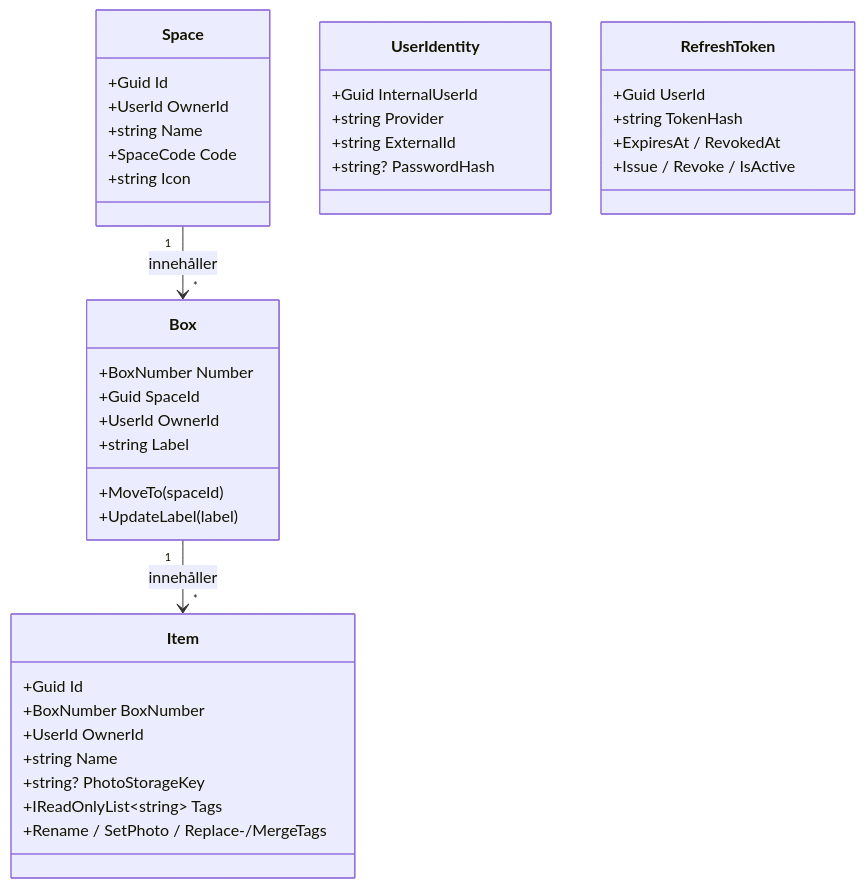
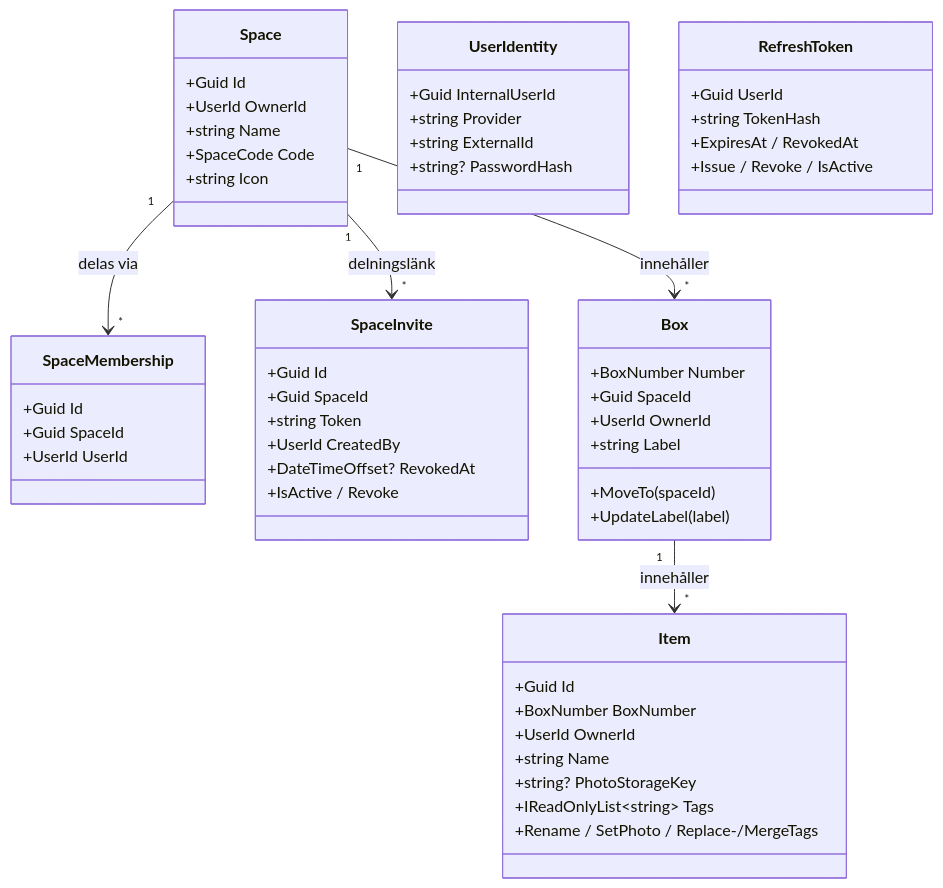
The fifth of 5 diagrams in docs/ARCHITECTURE.md (antfolkarn/Stuff_In_A_Box), drawn with Mermaid before and after one commit. The commit also changed other lines of this file and 2 other files, not shown here.

````diff
--- a/docs/ARCHITECTURE.md
+++ b/docs/ARCHITECTURE.md
@@ -161,42 +164,57 @@
 ```mermaid
 classDiagram
     class Space {
         +Guid Id
         +UserId OwnerId
         +string Name
         +SpaceCode Code
         +string Icon
+    }
+    class SpaceMembership {
+        +Guid Id
+        +Guid SpaceId
+        +UserId UserId
+    }
+    class SpaceInvite {
+        +Guid Id
+        +Guid SpaceId
+        +string Token
+        +UserId CreatedBy
+        +DateTimeOffset? RevokedAt
+        +IsActive / Revoke
     }
     class Box {
         +BoxNumber Number
         +Guid SpaceId
         +UserId OwnerId
         +string Label
         +MoveTo(spaceId)
         +UpdateLabel(label)
     }
     class Item {
         +Guid Id
         +BoxNumber BoxNumber
         +UserId OwnerId
         +string Name
         +string? PhotoStorageKey
         +IReadOnlyList~string~ Tags
         +Rename / SetPhoto / Replace-/MergeTags
     }
     class UserIdentity {
         +Guid InternalUserId
         +string Provider
         +string ExternalId
         +string? PasswordHash
     }
     class RefreshToken {
         +Guid UserId
         +string TokenHash
         +ExpiresAt / RevokedAt
         +Issue / Revoke / IsActive
     }
 
     Space "1" --> "*" Box : innehåller
     Box "1" --> "*" Item : innehåller
+    Space "1" --> "*" SpaceMembership : delas via
+    Space "1" --> "*" SpaceInvite : delningslänk
 ```
````
